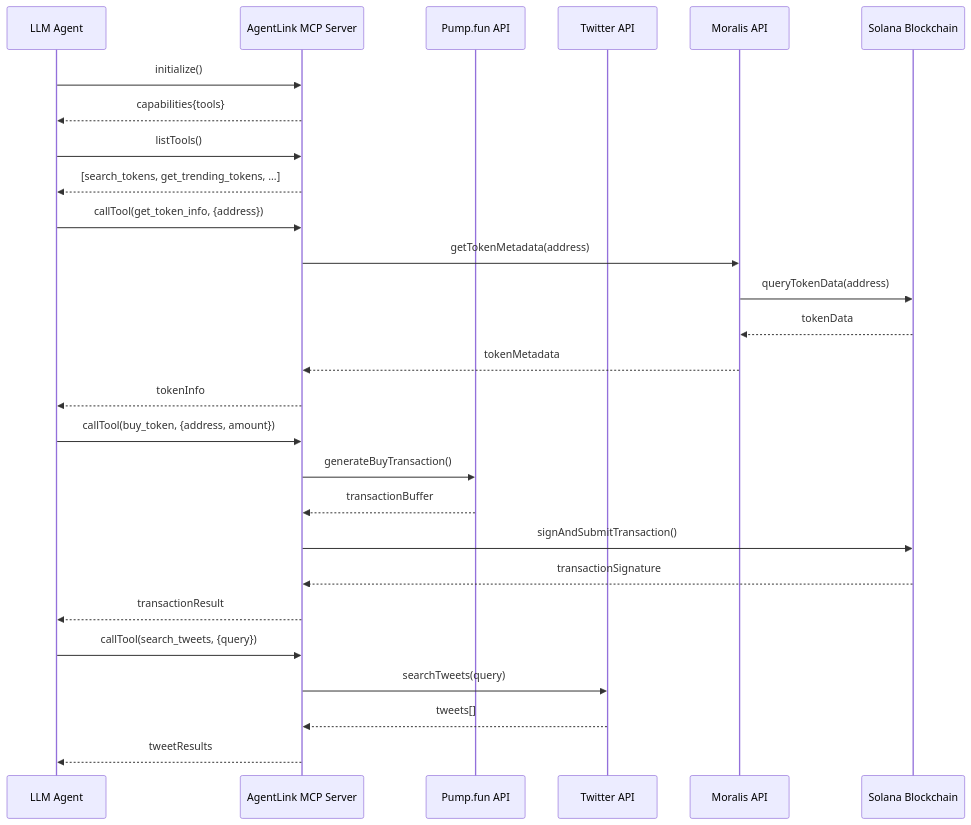
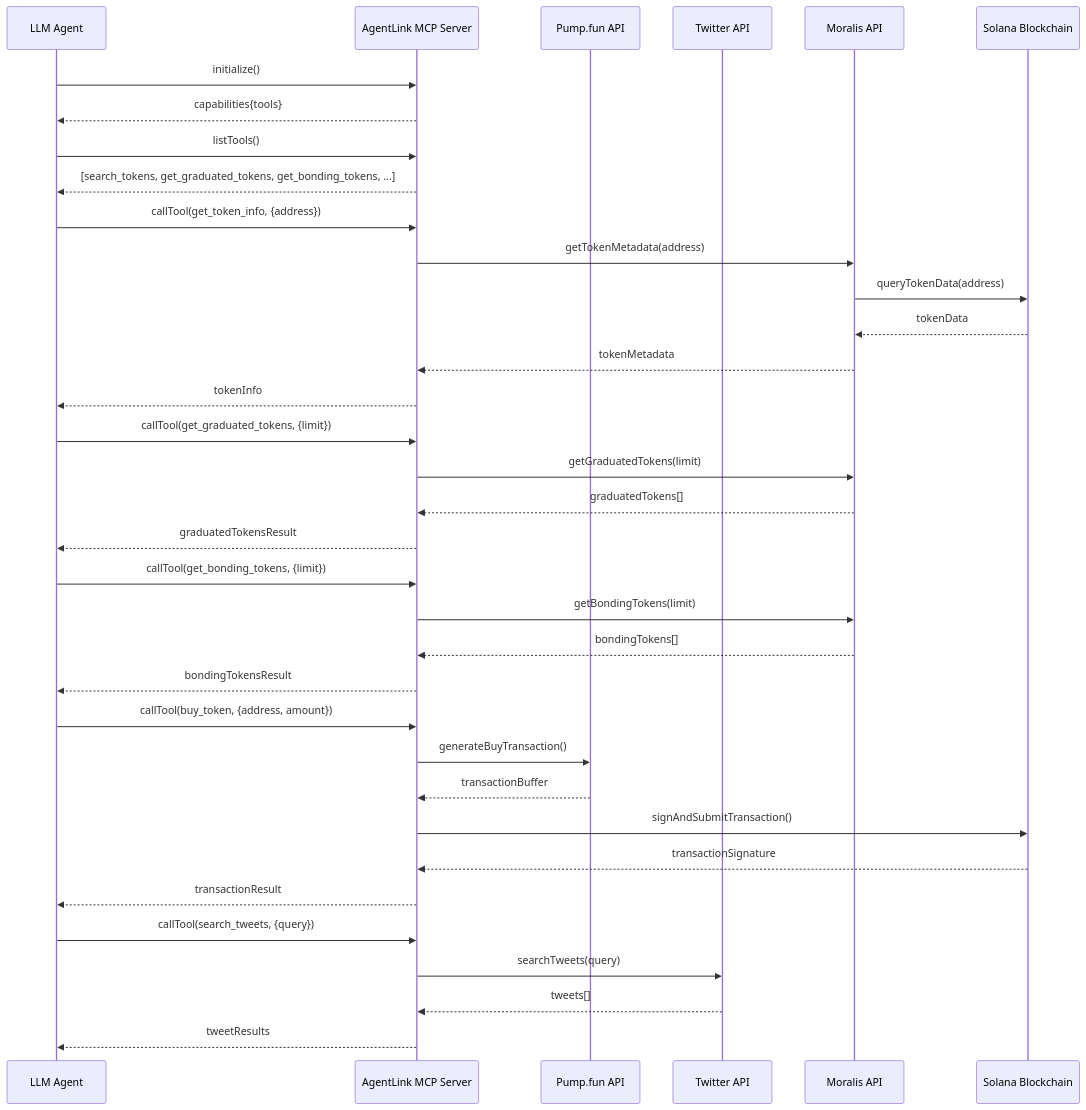
Before and after one commit to Jovvi26/agentlink-mcp: the second of 2 diagrams in README.md, drawn with Mermaid. The commit also changed other lines of this file, not shown here.

````diff
--- a/README.md
+++ b/README.md
@@ -46,33 +48,43 @@
 ```mermaid
 sequenceDiagram
     participant LLM as LLM Agent
     participant MCP as AgentLink MCP Server
     participant PF as Pump.fun API
     participant TW as Twitter API
     participant MO as Moralis API
     participant SOL as Solana Blockchain
     
     LLM->>MCP: initialize()
     MCP-->>LLM: capabilities{tools}
     LLM->>MCP: listTools()
-    MCP-->>LLM: [search_tokens, get_trending_tokens, ...]
+    MCP-->>LLM: [search_tokens, get_graduated_tokens, get_bonding_tokens, ...]
     
     LLM->>MCP: callTool(get_token_info, {address})
     MCP->>MO: getTokenMetadata(address)
     MO->>SOL: queryTokenData(address)
     SOL-->>MO: tokenData
     MO-->>MCP: tokenMetadata
     MCP-->>LLM: tokenInfo
+    
+    LLM->>MCP: callTool(get_graduated_tokens, {limit})
+    MCP->>MO: getGraduatedTokens(limit)
+    MO-->>MCP: graduatedTokens[]
+    MCP-->>LLM: graduatedTokensResult
+    
+    LLM->>MCP: callTool(get_bonding_tokens, {limit})
+    MCP->>MO: getBondingTokens(limit)
+    MO-->>MCP: bondingTokens[]
+    MCP-->>LLM: bondingTokensResult
     
     LLM->>MCP: callTool(buy_token, {address, amount})
     MCP->>PF: generateBuyTransaction()
     PF-->>MCP: transactionBuffer
     MCP->>SOL: signAndSubmitTransaction()
     SOL-->>MCP: transactionSignature
     MCP-->>LLM: transactionResult
     
     LLM->>MCP: callTool(search_tweets, {query})
     MCP->>TW: searchTweets(query)
     TW-->>MCP: tweets[]
     MCP-->>LLM: tweetResults
 ```
````
